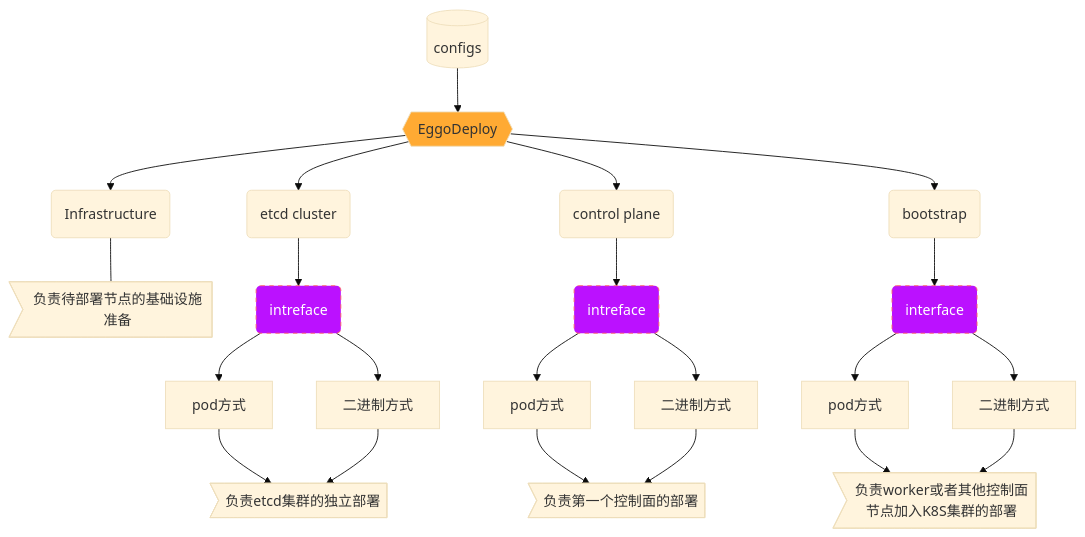
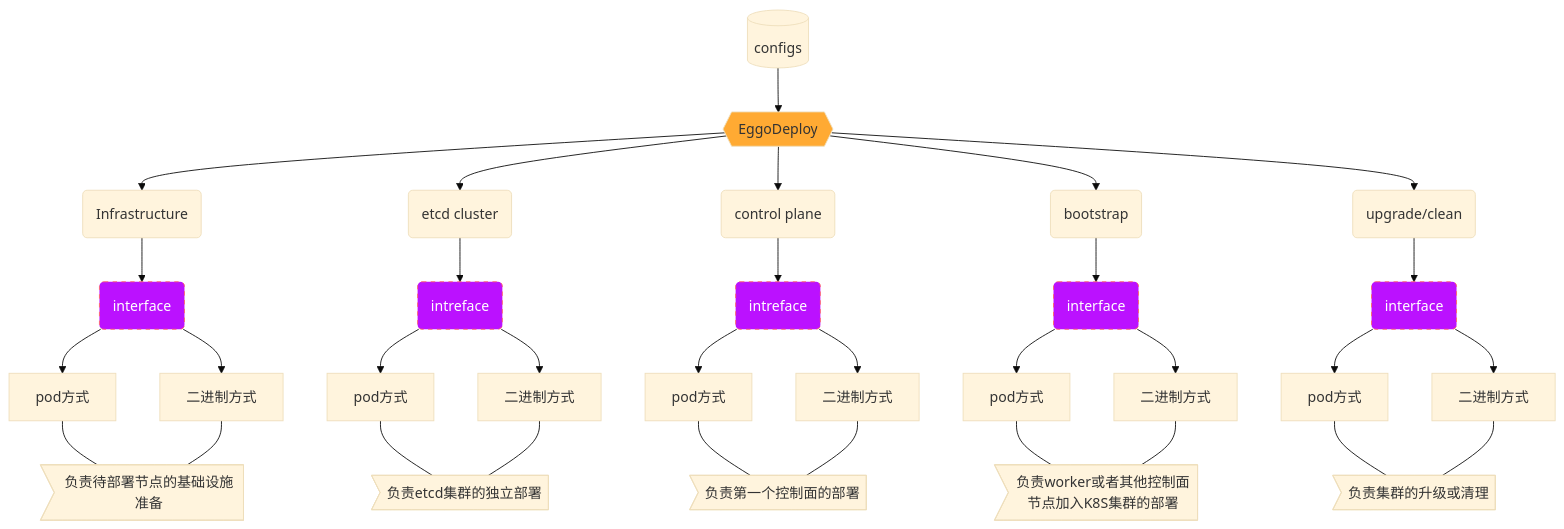
The second of 8 diagrams in docs/raw_general_design.md (openeuler-mirror/eggo), drawn with Mermaid (base theme) before and after one commit. The commit also changed other lines of this file and 9 other files, not shown here.

````diff
--- a/docs/raw_general_design.md
+++ b/docs/raw_general_design.md
@@ -37,24 +37,32 @@
 ```mermaid
 graph TD
 	A[(configs)] --> B{{EggoDeploy}}
 	B --> C(Infrastructure)
 	B --> D(etcd cluster)
 	B --> E(control plane)
 	B --> F(bootstrap)
-	C --- CA>负责待部署节点的基础设施准备]
+	B --> G(upgrade/clean)
+	C --> CA(interface)
+	CA --> CB[pod方式]
+	CA --> CC[二进制方式]
+	CB & CC --- CD>负责待部署节点的基础设施准备]
 	D --> DA(intreface)
 	DA --> DB[pod方式]
 	DA --> DC[二进制方式]
-	DB & DC --> DD>负责etcd集群的独立部署]
+	DB & DC --- DD>负责etcd集群的独立部署]
 	E --> EA(intreface)
 	EA --> EB[pod方式]
 	EA --> EC[二进制方式]
-	EB & EC --> ED>负责第一个控制面的部署]
+	EB & EC --- ED>负责第一个控制面的部署]
 	F --> FA(interface)
 	FA --> FB[pod方式]
 	FA --> FC[二进制方式]
-	FB & FC --> FD>负责worker或者其他控制面节点加入K8S集群的部署]
+	FB & FC --- FD>负责worker或者其他控制面节点加入K8S集群的部署]
+	G --> GA(interface)
+	GA --> GB[pod方式]
+	GA --> GC[二进制方式]
+	GB & GC --- GD>负责集群的升级或清理]
 	style B fill:#fa3
 	classDef interfacestyle fill:#b1f,stroke:#f66,stroke-width:1px,color:#fff,stroke-dasharray:5 5
-	class DA,EA,FA interfacestyle
+	class CA,DA,EA,FA,GA interfacestyle
 ```
````
